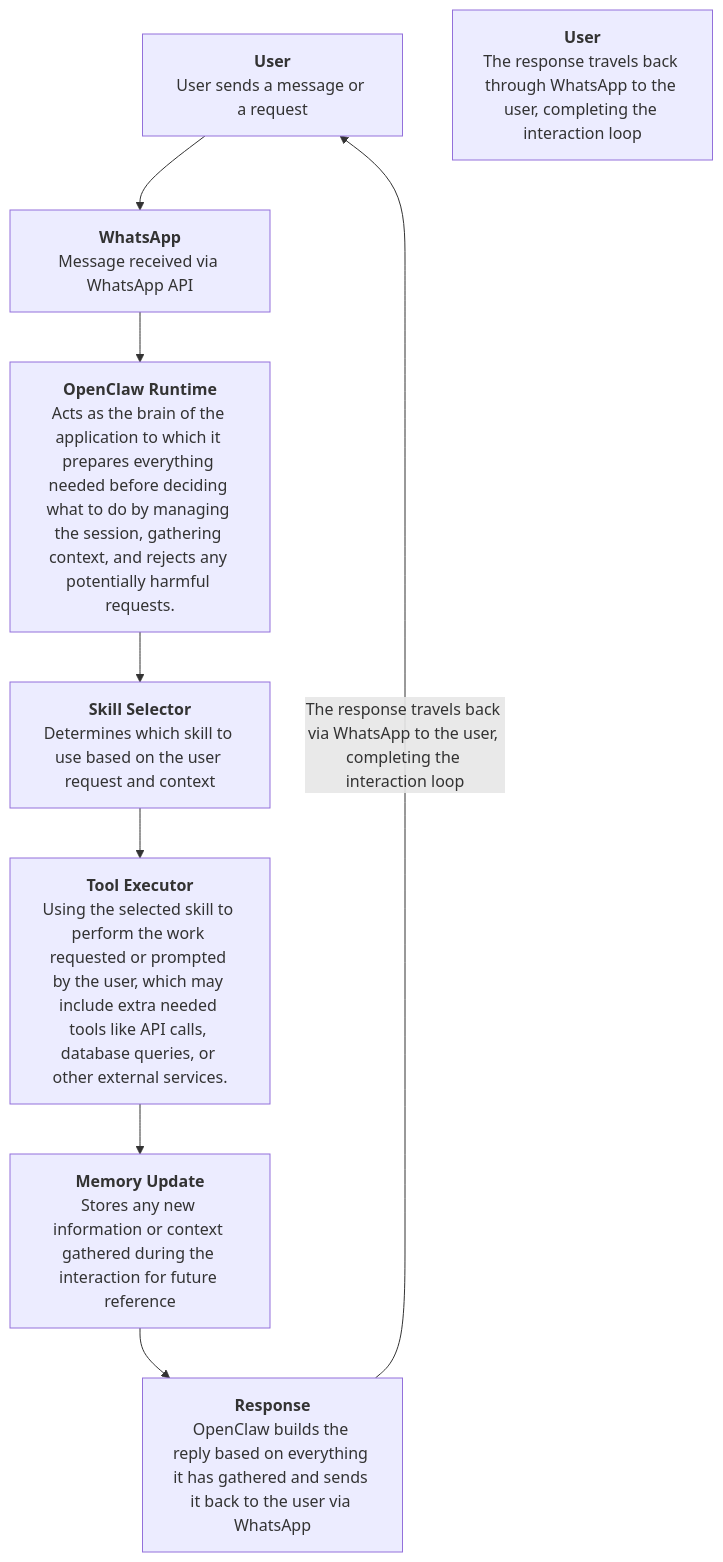
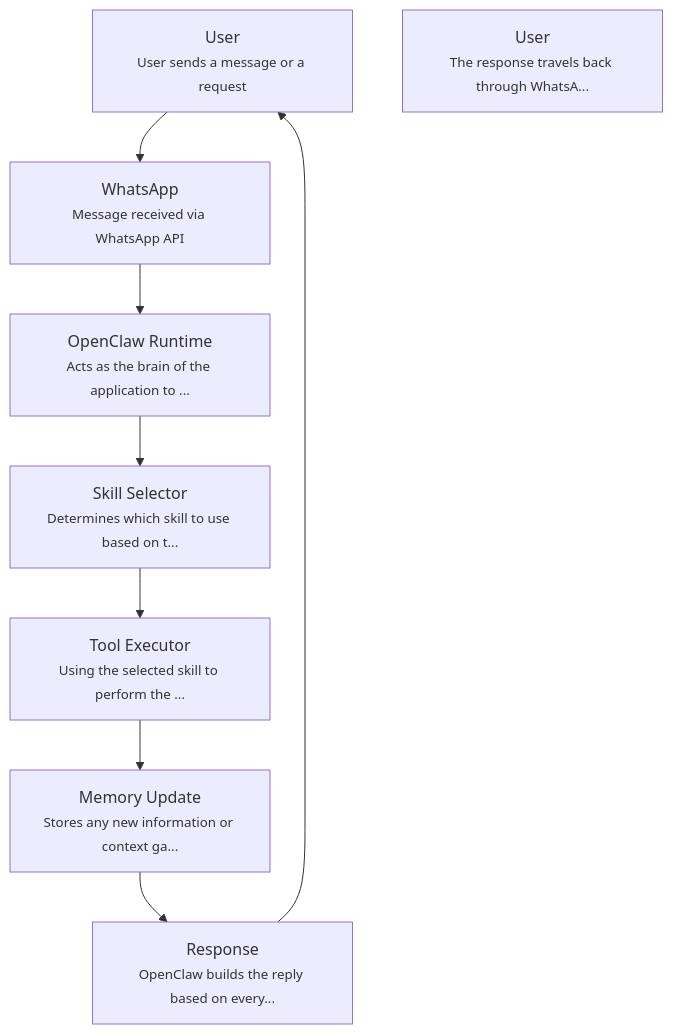
One commit to mayabernstein/idx-exchange-agentic-ai-engineer changed the diagram in Agentic_AI_Engineer/charts/flowchart.md. Above: the diagram before and after it, drawn with Mermaid.

Commit message:
see flowchart render

````diff
--- a/Agentic_AI_Engineer/charts/flowchart.md
+++ b/Agentic_AI_Engineer/charts/flowchart.md
@@ -4,19 +4,19 @@
 ```mermaid
 graph TD
-    1[<b>User</b><br>User sends a message or a request]
-    2[<b>WhatsApp</b><br>Message received via WhatsApp API]
-    3[<b>OpenClaw Runtime</b><br>Acts as the brain of the application to which it prepares everything needed before deciding what to do by managing the session, gathering context, and rejects any potentially harmful requests.]
-    4[<b>Skill Selector</b><br>Determines which skill to use based on the user request and context]
-    5[<b>Tool Executor</b><br>Using the selected skill to perform the work requested or prompted by the user, which may include extra needed tools like API calls, database queries, or other external services.]
-    6[<b>Memory Update</b><br>Stores any new information or context gathered during the interaction for future reference]
-    7[<b>Response</b><br>OpenClaw builds the reply based on everything it has gathered and sends it back to the user via WhatsApp]
-    8[<b>User</b><br>The response travels back through WhatsApp to the user, completing the interaction loop]
+    1[User<br><small>User sends a message or a request</small>]
+    2[WhatsApp<br><small>Message received via WhatsApp API</small>]
+    3[OpenClaw Runtime<br><small>Acts as the brain of the application to ...</small>]
+    4[Skill Selector<br><small>Determines which skill to use based on t...</small>]
+    5[Tool Executor<br><small>Using the selected skill to perform the ...</small>]
+    6[Memory Update<br><small>Stores any new information or context ga...</small>]
+    7[Response<br><small>OpenClaw builds the reply based on every...</small>]
+    8[User<br><small>The response travels back through WhatsA...</small>]
 
     1 --> 2
     2 --> 3
     3 --> 4
     4 --> 5
     5 --> 6
     6 --> 7
-    7 -->|The response travels back via WhatsApp to the user, completing the interaction loop| 1
+    7 --> 1
 ```
````
